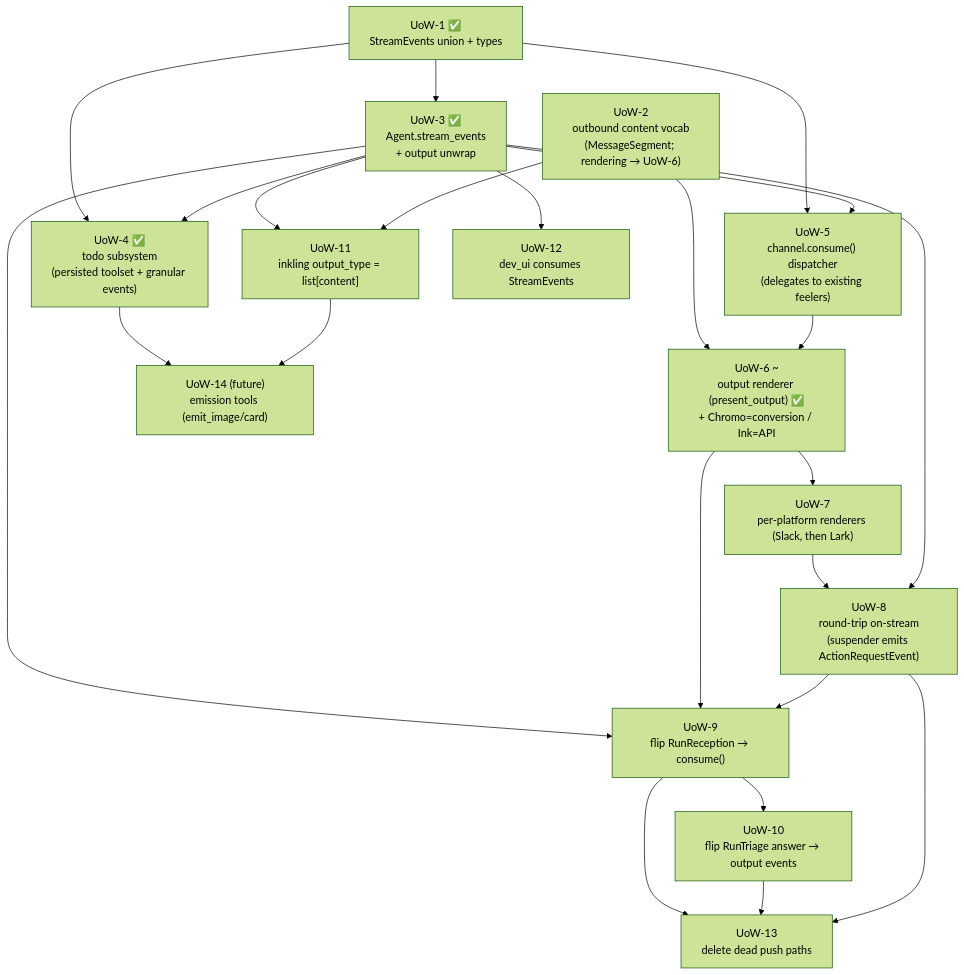
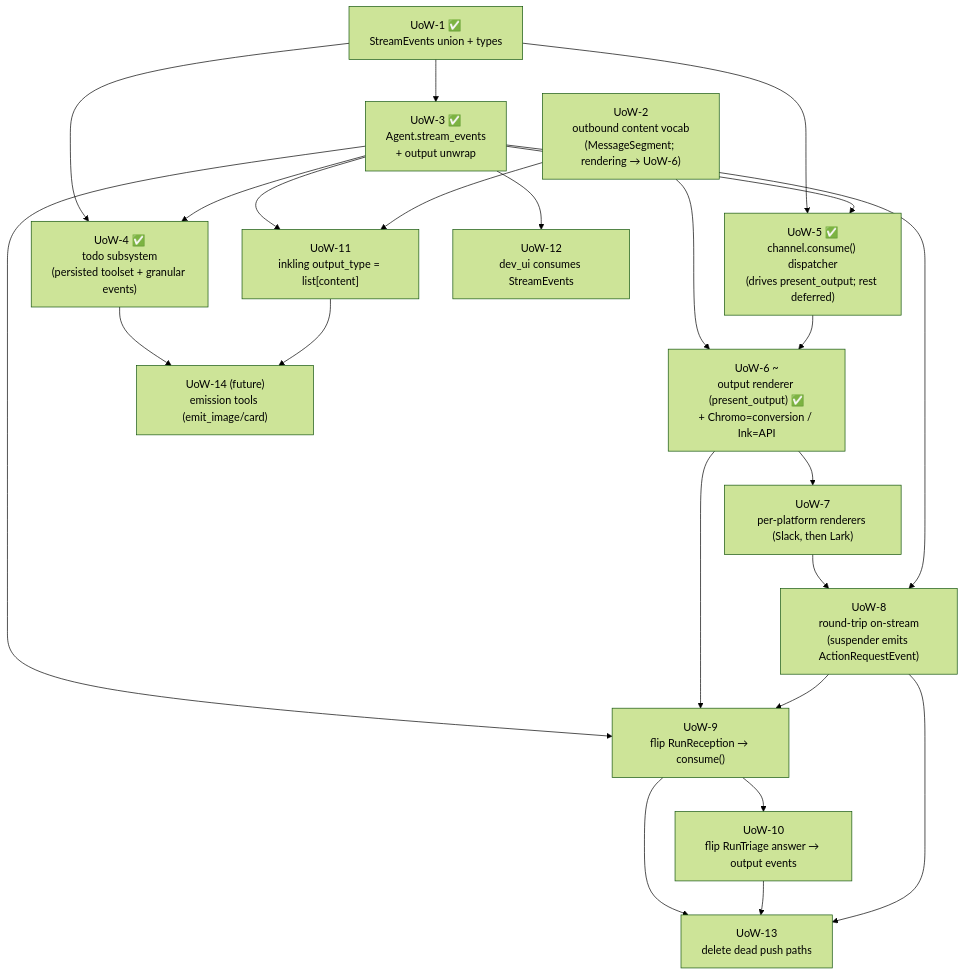
One commit to kalynnka/octomate changed the sixth of 6 diagrams in docs/plans/agent-event-stream.md. Above: the diagram before and after it, drawn with Mermaid (forest theme). The commit also changed other lines of this file and 2 other files, not shown here.

Commit message:
feat(stream): UoW-5 — ChannelTentacle.consume() dispatcher
consume(key, stream) drains the typed StreamEvents run stream via a filtering async generator: the answer (ResultTextDeltaEvent / ResultSegmentEvent / FinalResult) feeds markdown_stream.present_output (which owns the typewriter loop), while Todo*/Ask/Approval/AgentStreamEvent-passthrough hit explicit deferred case branches (filled in UoW-7/8). Draining is mandatory — abandoning the stream mid-run would tear down the agent task group from the wrong task.

No production caller yet — live path unchanged until UoW-9 routes triage through consume(). 159 tests pass (new: mixed-stream consume test asserting answer render + full drain); pyright clean.

````diff
--- a/docs/plans/agent-event-stream.md
+++ b/docs/plans/agent-event-stream.md
@@ -295,40 +295,40 @@
 ```mermaid
 flowchart TD
     U1["UoW-1 ✅<br/>StreamEvents union + types"]
     U2["UoW-2<br/>outbound content vocab<br/>(MessageSegment; rendering → UoW-6)"]
     U3["UoW-3 ✅<br/>Agent.stream_events<br/>+ output unwrap"]
     U4["UoW-4 ✅<br/>todo subsystem<br/>(persisted toolset + granular events)"]
-    U5["UoW-5<br/>channel.consume() dispatcher<br/>(delegates to existing feelers)"]
+    U5["UoW-5 ✅<br/>channel.consume() dispatcher<br/>(drives present_output; rest deferred)"]
     U6["UoW-6 ~<br/>output renderer (present_output) ✅<br/>+ Chromo=conversion / Ink=API"]
     U7["UoW-7<br/>per-platform renderers (Slack, then Lark)"]
     U8["UoW-8<br/>round-trip on-stream<br/>(suspender emits ActionRequestEvent)"]
     U9["UoW-9<br/>flip RunReception → consume()"]
     U10["UoW-10<br/>flip RunTriage answer → output events"]
     U11["UoW-11<br/>inkling output_type = list[content]"]
     U12["UoW-12<br/>dev_ui consumes StreamEvents"]
     U13["UoW-13<br/>delete dead push paths"]
     U14["UoW-14 (future)<br/>emission tools (emit_image/card)"]
 
     U1 --> U3
     U1 --> U4
     U1 --> U5
     U2 --> U6
     U3 --> U4
     U3 --> U5
     U3 --> U9
     U5 --> U6
     U6 --> U7
     U6 --> U9
     U7 --> U8
     U3 --> U8
     U8 --> U9
     U9 --> U10
     U3 --> U11
     U2 --> U11
     U3 --> U12
     U9 --> U13
     U10 --> U13
     U8 --> U13
     U4 --> U14
     U11 --> U14
 ```
````
